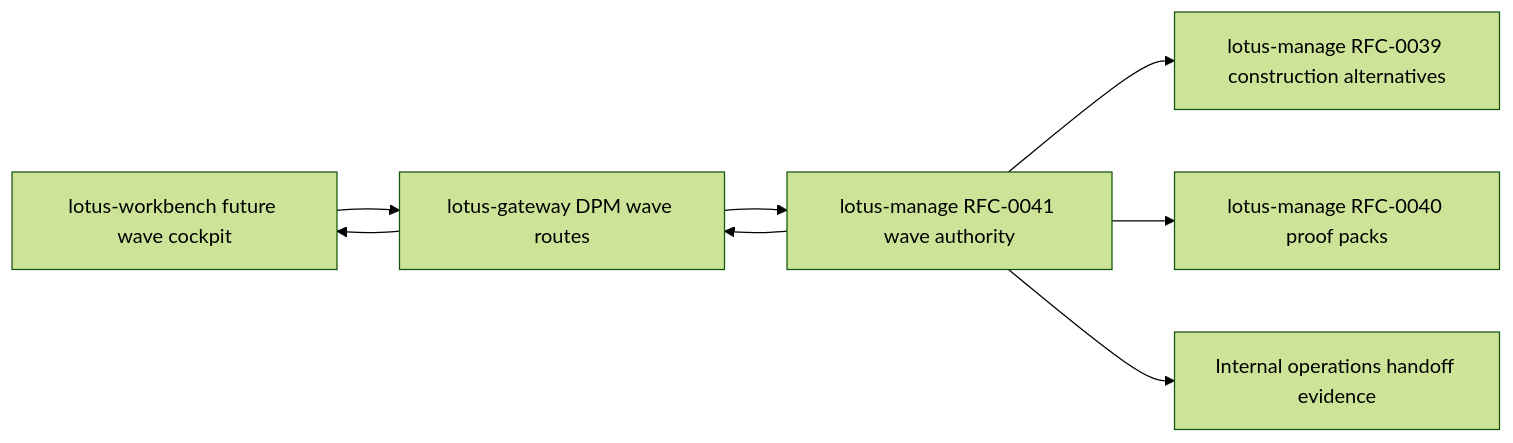
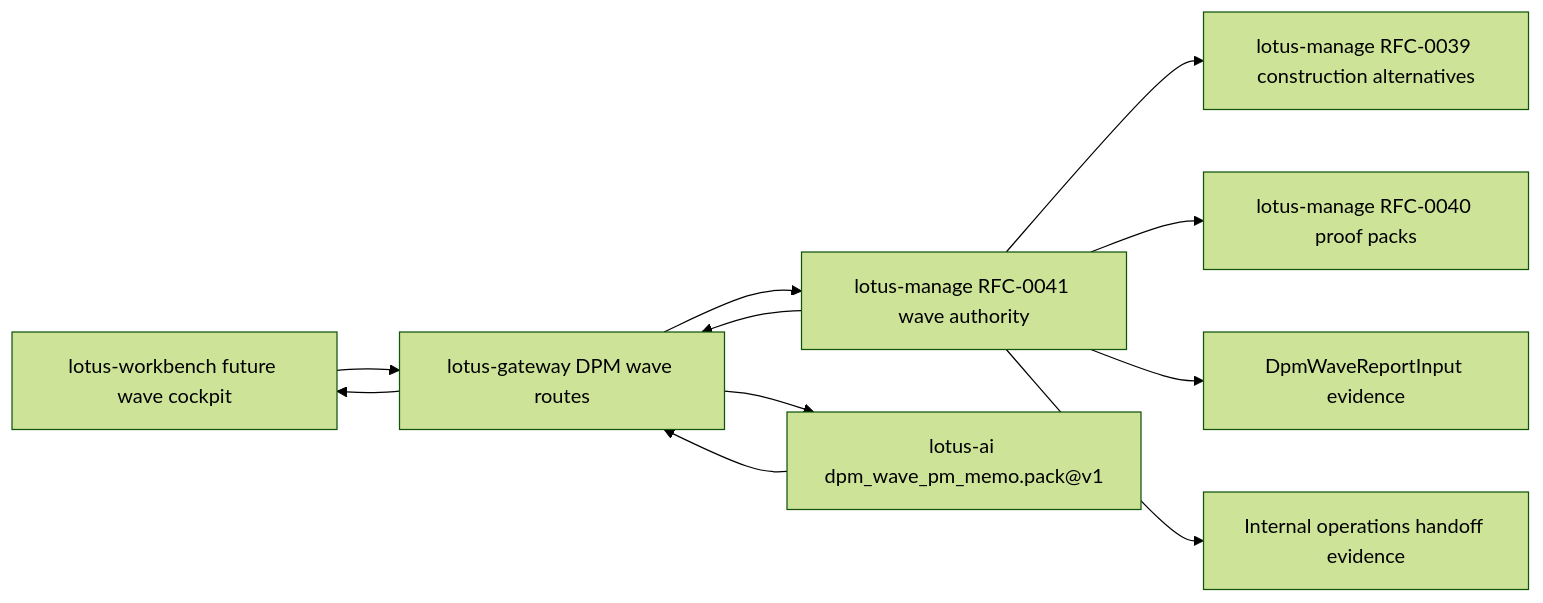
Before and after one commit to sgajbi/lotus-gateway: the fourth of 6 diagrams in wiki/Supported-Features.md, drawn with Mermaid (forest theme). The commit also changed other lines of this file and 12 other files, not shown here.

Commit message:
Add DPM wave AI memo gateway handoff

````diff
--- a/wiki/Supported-Features.md
+++ b/wiki/Supported-Features.md
@@ -209,10 +215,13 @@
 ```mermaid
 flowchart LR
     Workbench[lotus-workbench future wave cockpit] --> Gateway[lotus-gateway DPM wave routes]
     Gateway --> Manage[lotus-manage RFC-0041 wave authority]
+    Gateway --> AI[lotus-ai dpm_wave_pm_memo.pack@v1]
     Manage --> Construction[lotus-manage RFC-0039 construction alternatives]
     Manage --> Proof[lotus-manage RFC-0040 proof packs]
+    Manage --> ReportInput[DpmWaveReportInput evidence]
     Manage --> Ops[Internal operations handoff evidence]
     Manage --> Gateway
+    AI --> Gateway
     Gateway --> Workbench
 ```
````
